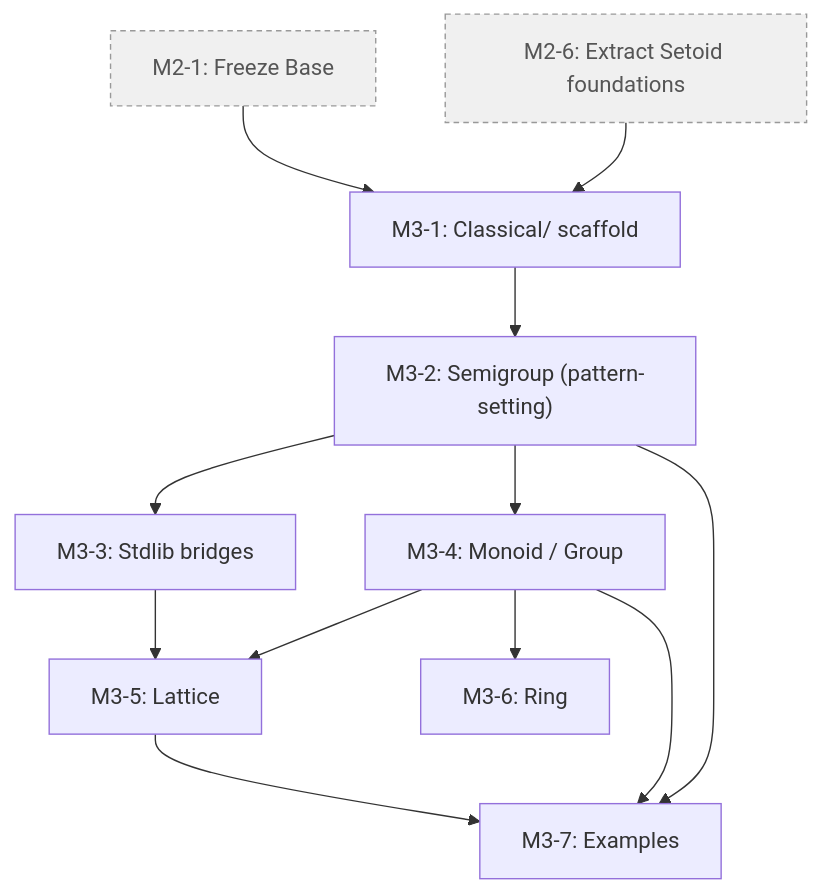
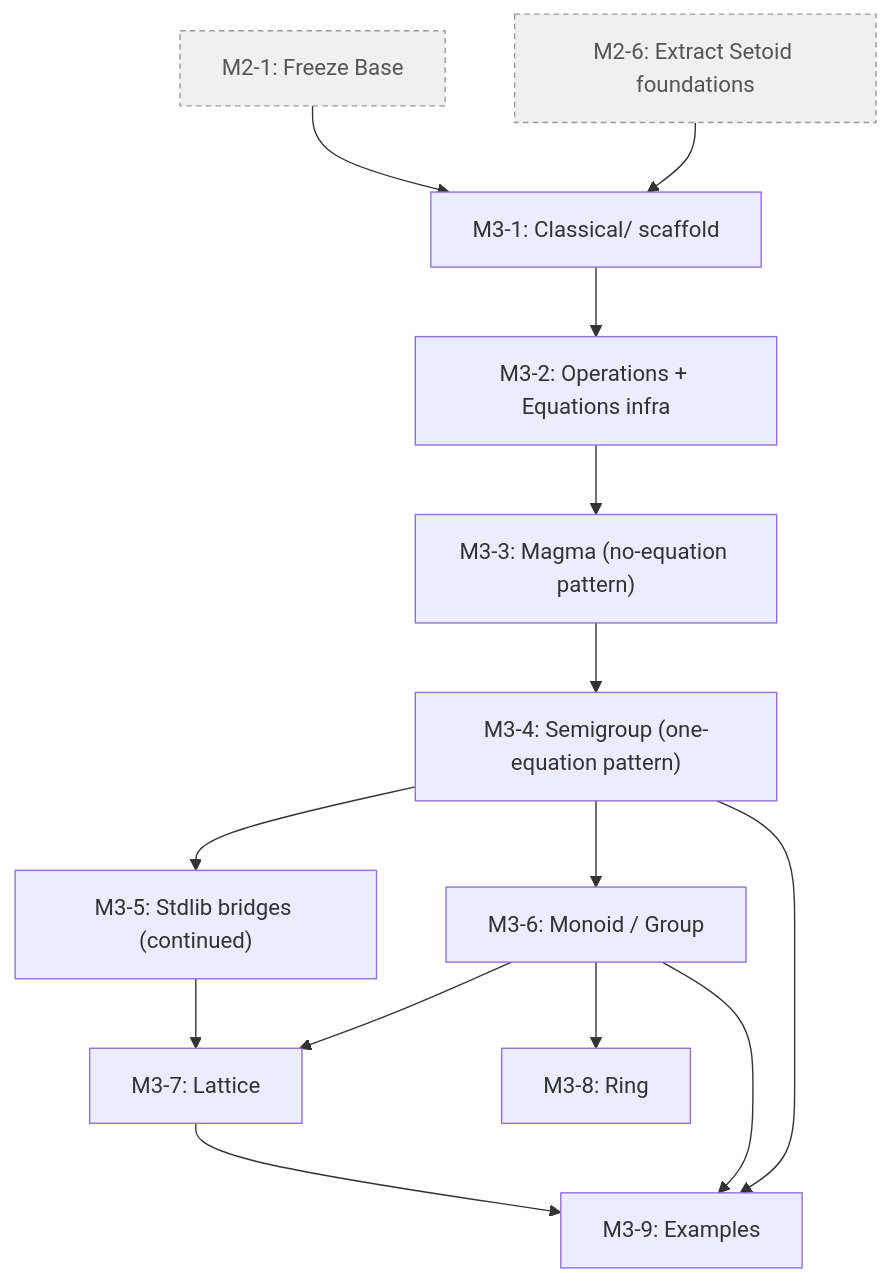
The fourth of 8 diagrams in docs/GITHUB_PROJECT.md (ualib/agda-algebras), drawn with Mermaid before and after one commit. The commit also changed other lines of this file and 2 other files, not shown here.

Commit message:
Major revision to ADR-002 (no associated issue)

````diff
--- a/docs/GITHUB_PROJECT.md
+++ b/docs/GITHUB_PROJECT.md
@@ -1608,24 +1608,28 @@
 ```mermaid
 graph TD
   M2_1["M2-1: Freeze Base"]:::ext
   M2_6["M2-6: Extract Setoid foundations"]:::ext
   M3_1["M3-1: Classical/ scaffold"]
-  M3_2["M3-2: Semigroup (pattern-setting)"]
-  M3_3["M3-3: Stdlib bridges"]
-  M3_4["M3-4: Monoid / Group"]
-  M3_5["M3-5: Lattice"]
-  M3_6["M3-6: Ring"]
-  M3_7["M3-7: Examples"]
+  M3_2["M3-2: Operations + Equations infra"]
+  M3_3["M3-3: Magma (no-equation pattern)"]
+  M3_4["M3-4: Semigroup (one-equation pattern)"]
+  M3_5["M3-5: Stdlib bridges (continued)"]
+  M3_6["M3-6: Monoid / Group"]
+  M3_7["M3-7: Lattice"]
+  M3_8["M3-8: Ring"]
+  M3_9["M3-9: Examples"]
   M2_1 --> M3_1
   M2_6 --> M3_1
   M3_1 --> M3_2
   M3_2 --> M3_3
-  M3_2 --> M3_4
-  M3_3 --> M3_5
+  M3_3 --> M3_4
   M3_4 --> M3_5
   M3_4 --> M3_6
-  M3_2 --> M3_7
-  M3_4 --> M3_7
   M3_5 --> M3_7
+  M3_6 --> M3_7
+  M3_6 --> M3_8
+  M3_4 --> M3_9
+  M3_6 --> M3_9
+  M3_7 --> M3_9
   classDef ext fill:#f0f0f0,stroke:#999,stroke-dasharray: 4 3,color:#555
 ```
````
